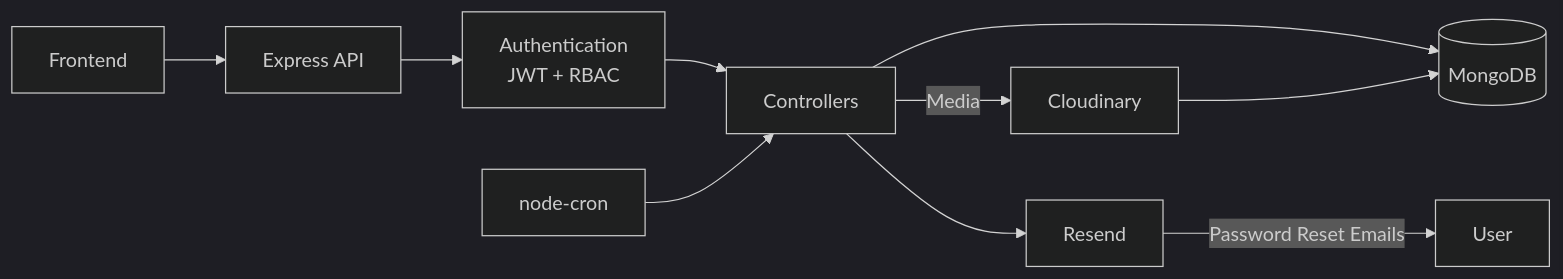
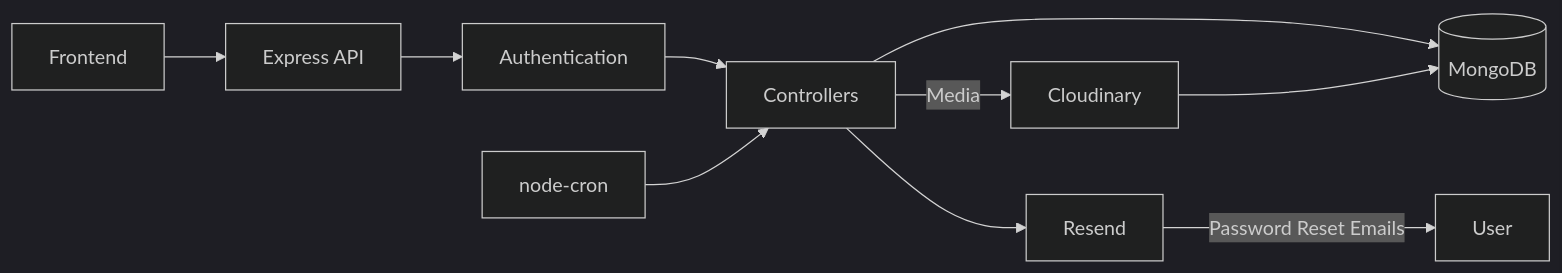
Before and after one commit to Devyansh-Dingolia/gram-dhara: the diagram in README.md, drawn with Mermaid (dark theme).

Commit message:
Fix Render Issue

````diff
--- a/README.md
+++ b/README.md
@@ -96,22 +96,22 @@
 ```mermaid
 flowchart LR
 
     Frontend["Frontend"]
         --> API["Express API"]
 
     API
-        --> Auth["Authentication<br/>JWT + RBAC"]
+        --> Auth["Authentication"]
 
     Auth
         --> Logic["Controllers"]
 
     Logic --> DB[("MongoDB")]
     Logic -- "Media" --> Cloud["Cloudinary"]
     Logic --> Email["Resend"]
 
     Cloud --> DB
     Email -- "Password Reset Emails" --> User["User"]
 
     Cron["node-cron"]
         --> Logic
 ```
````
